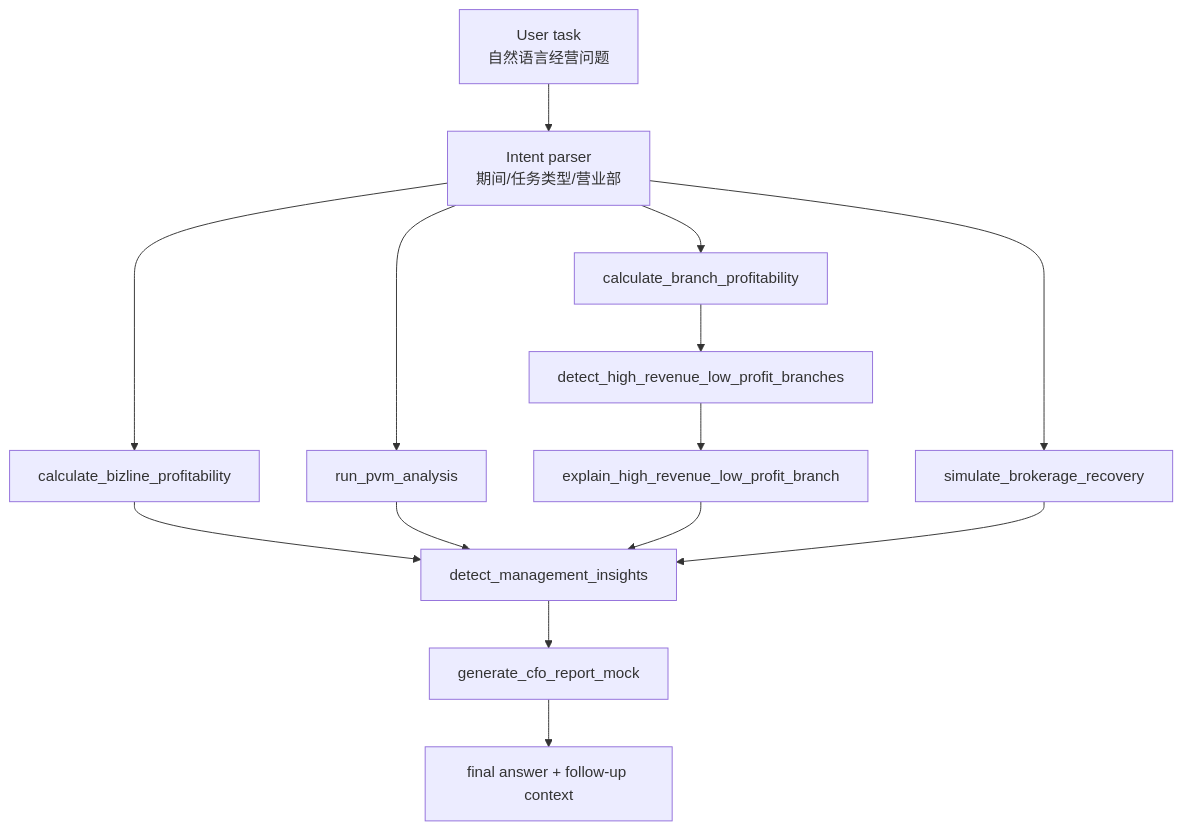
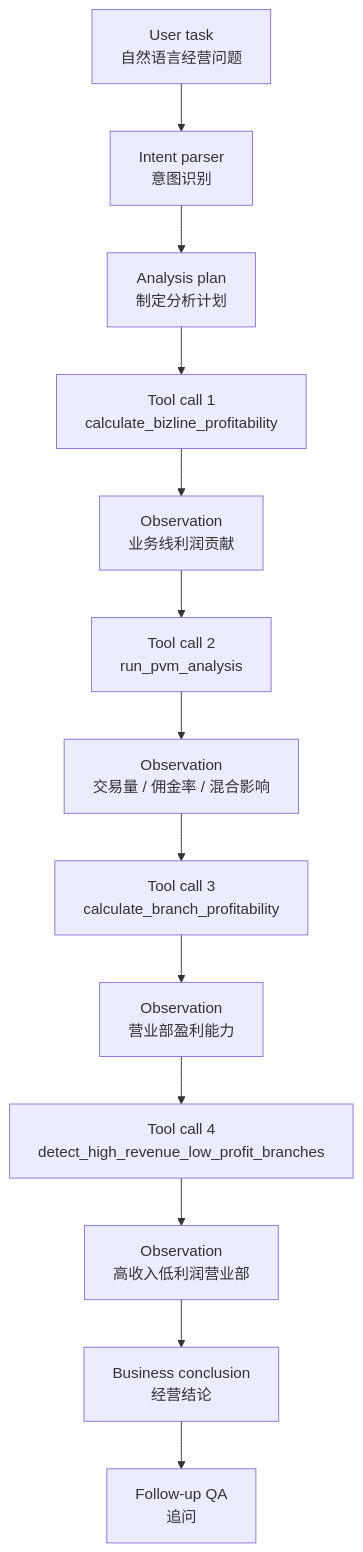
The second of 2 diagrams in README.md (emmadong521-beep/securities-management-accounting-agent), drawn with Mermaid before and after one commit. The commit also changed other lines of this file, not shown here.

````diff
--- a/README.md
+++ b/README.md
@@ -91,16 +119,20 @@
 ```mermaid
-flowchart TD
-    U["User task<br/>自然语言经营问题"] --> P["Intent parser<br/>期间/任务类型/营业部"]
-    P --> B["calculate_bizline_profitability"]
-    P --> V["run_pvm_analysis"]
-    P --> R["calculate_branch_profitability"]
-    R --> H["detect_high_revenue_low_profit_branches"]
-    H --> X["explain_high_revenue_low_profit_branch"]
-    P --> W["simulate_brokerage_recovery"]
-    B --> I["detect_management_insights"]
-    V --> I
-    X --> I
-    W --> I
-    I --> C["generate_cfo_report_mock"]
-    C --> A["final answer + follow-up context"]
+flowchart TB
+    U["User task<br/>自然语言经营问题"] --> P["Intent parser<br/>意图识别"]
+    P --> Plan["Analysis plan<br/>制定分析计划"]
+
+    Plan --> T1["Tool call 1<br/>calculate_bizline_profitability"]
+    T1 --> O1["Observation<br/>业务线利润贡献"]
+
+    O1 --> T2["Tool call 2<br/>run_pvm_analysis"]
+    T2 --> O2["Observation<br/>交易量 / 佣金率 / 混合影响"]
+
+    O2 --> T3["Tool call 3<br/>calculate_branch_profitability"]
+    T3 --> O3["Observation<br/>营业部盈利能力"]
+
+    O3 --> T4["Tool call 4<br/>detect_high_revenue_low_profit_branches"]
+    T4 --> O4["Observation<br/>高收入低利润营业部"]
+
+    O4 --> R["Business conclusion<br/>经营结论"]
+    R --> Q["Follow-up QA<br/>追问"]
 ```
````
